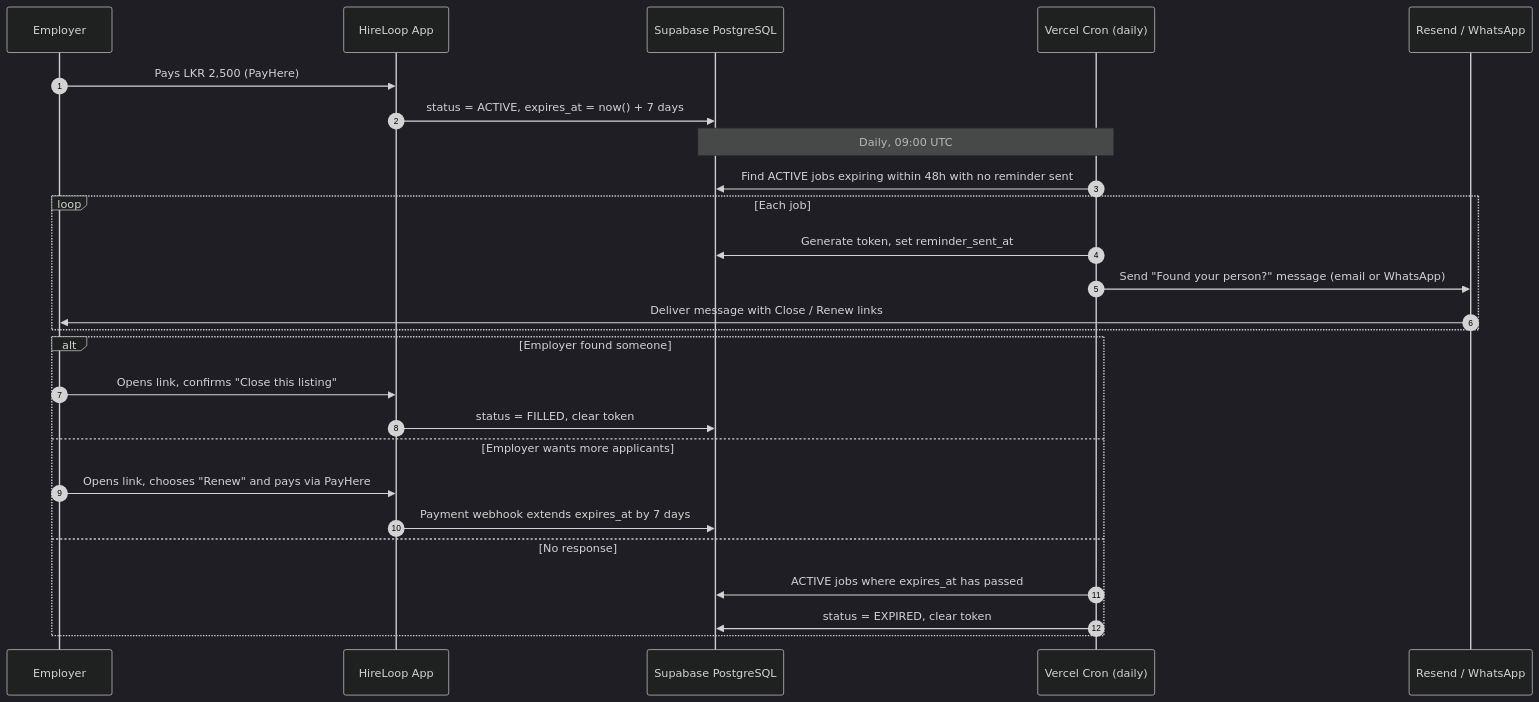
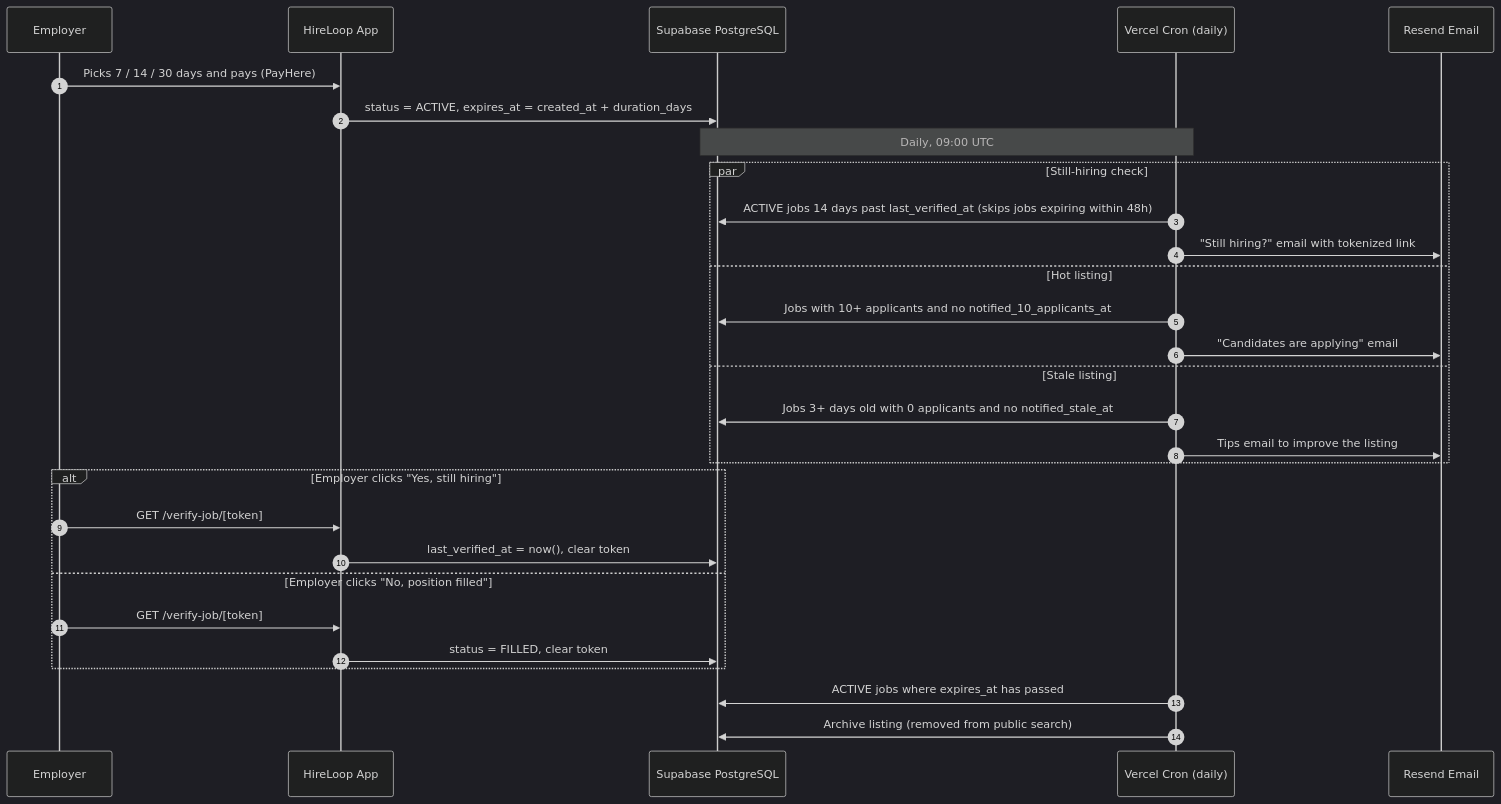
Before and after one commit to Vivan2025wd/real_jobs: the diagram in README.md, drawn with Mermaid (dark theme). The commit also changed other lines of this file, not shown here.

First line of the commit message:
Revise README for listing lifespan and pricing clarity

````diff
--- a/README.md
+++ b/README.md
@@ -88,31 +88,35 @@
 ```mermaid
 sequenceDiagram
     autonumber
     participant Emp as Employer
     participant App as HireLoop App
     participant DB as Supabase PostgreSQL
     participant Cron as Vercel Cron (daily)
-    participant Msg as Resend / WhatsApp
+    participant Mail as Resend Email
 
-    Emp->>App: Pays LKR 2,500 (PayHere)
-    App->>DB: status = ACTIVE, expires_at = now() + 7 days
+    Emp->>App: Picks 7 / 14 / 30 days and pays (PayHere)
+    App->>DB: status = ACTIVE, expires_at = created_at + duration_days
 
     Note over Cron,DB: Daily, 09:00 UTC
-    Cron->>DB: Find ACTIVE jobs expiring within 48h with no reminder sent
-    loop Each job
-        Cron->>DB: Generate token, set reminder_sent_at
-        Cron->>Msg: Send "Found your person?" message (email or WhatsApp)
-        Msg->>Emp: Deliver message with Close / Renew links
+    par Still-hiring check
+        Cron->>DB: ACTIVE jobs 14 days past last_verified_at (skips jobs expiring within 48h)
+        Cron->>Mail: "Still hiring?" email with tokenized link
+    and Hot listing
+        Cron->>DB: Jobs with 10+ applicants and no notified_10_applicants_at
+        Cron->>Mail: "Candidates are applying" email
+    and Stale listing
+        Cron->>DB: Jobs 3+ days old with 0 applicants and no notified_stale_at
+        Cron->>Mail: Tips email to improve the listing
     end
 
-    alt Employer found someone
-        Emp->>App: Opens link, confirms "Close this listing"
+    alt Employer clicks "Yes, still hiring"
+        Emp->>App: GET /verify-job/[token]
+        App->>DB: last_verified_at = now(), clear token
+    else Employer clicks "No, position filled"
+        Emp->>App: GET /verify-job/[token]
         App->>DB: status = FILLED, clear token
-    else Employer wants more applicants
-        Emp->>App: Opens link, chooses "Renew" and pays via PayHere
-        App->>DB: Payment webhook extends expires_at by 7 days
-    else No response
-        Cron->>DB: ACTIVE jobs where expires_at has passed
-        Cron->>DB: status = EXPIRED, clear token
     end
+
+    Cron->>DB: ACTIVE jobs where expires_at has passed
+    Cron->>DB: Archive listing (removed from public search)
 ```
````
